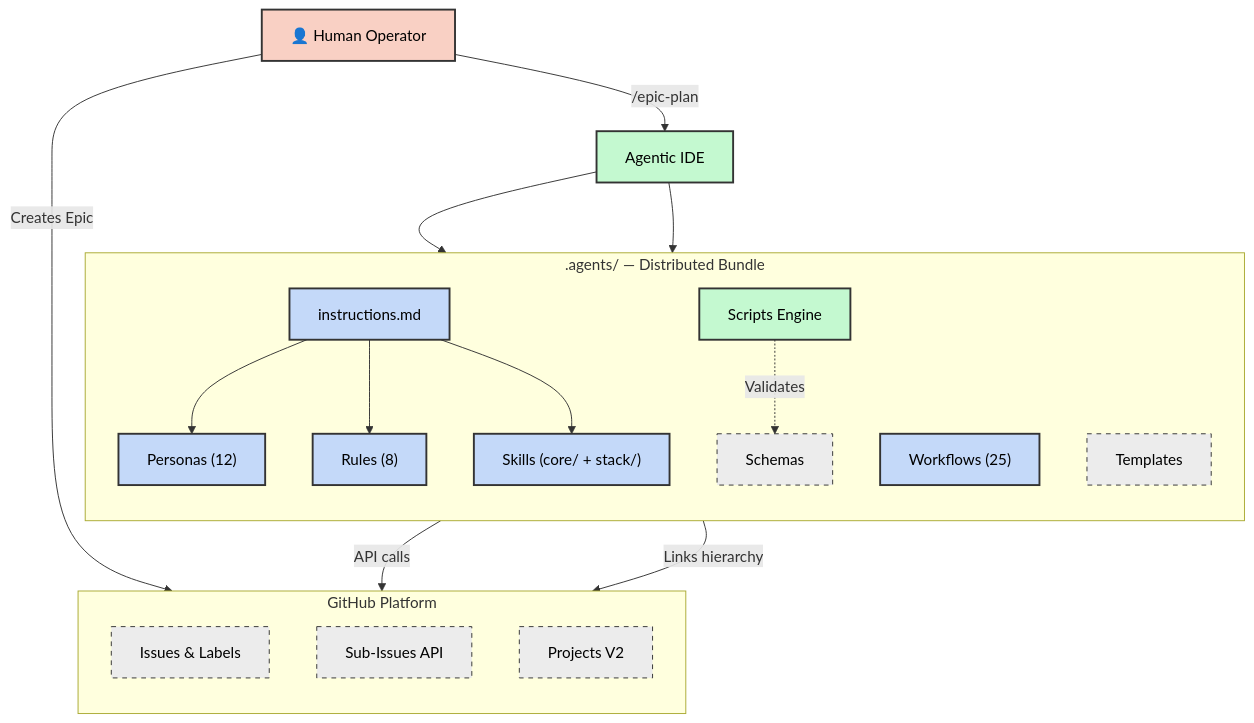
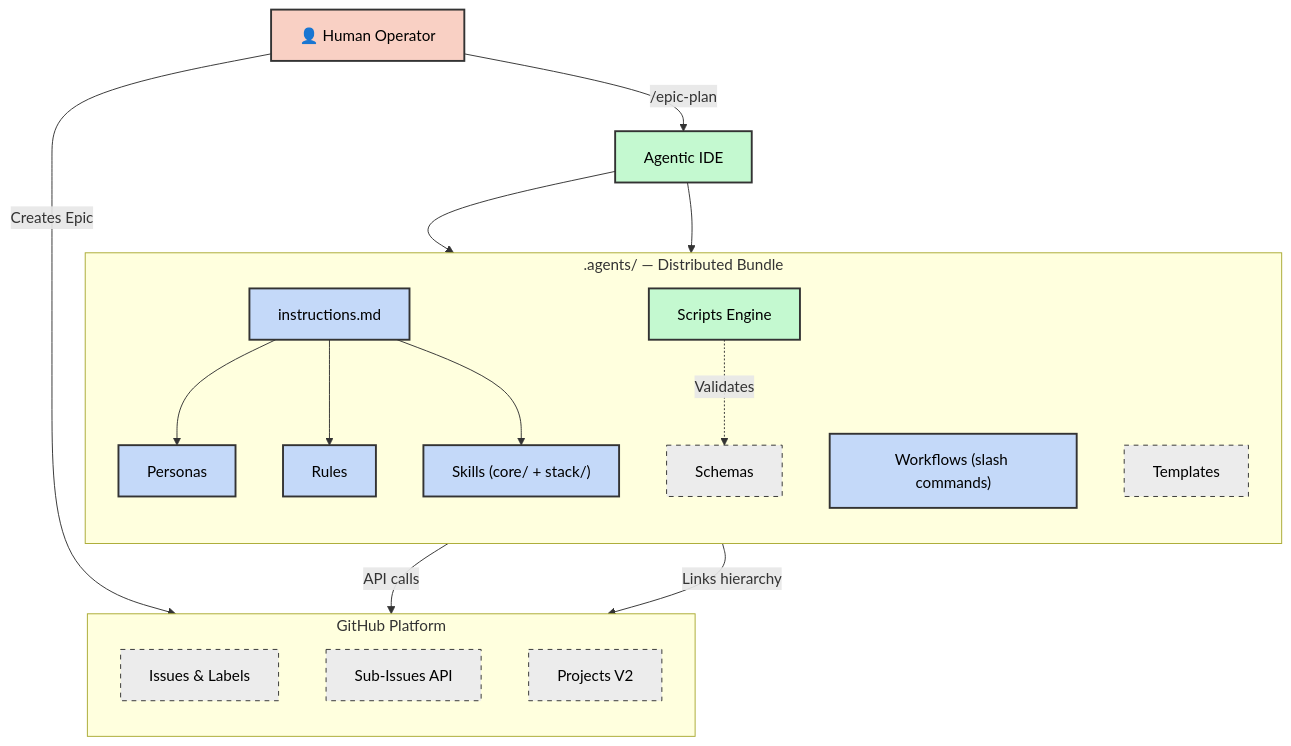
The first of 8 diagrams in docs/architecture.md (dsj1984/mandrel), drawn with Mermaid before and after one commit. The commit also changed other lines of this file and 6 other files, not shown here.

````diff
--- a/docs/architecture.md
+++ b/docs/architecture.md
@@ -78,38 +24,38 @@
 ```mermaid
 graph TB
     classDef human fill:#f9d0c4,stroke:#333,stroke-width:2px,color:#000
     classDef agent fill:#c4f9d0,stroke:#333,stroke-width:2px,color:#000
     classDef infra fill:#c4d9f9,stroke:#333,stroke-width:2px,color:#000
     classDef data fill:#ececec,stroke:#333,stroke-width:1px,stroke-dasharray: 5 5,color:#000
 
     H["👤 Human Operator"]:::human
     IDE["Agentic IDE"]:::agent
 
     subgraph Framework [".agents/ — Distributed Bundle"]
         direction TB
         INS["instructions.md"]:::infra
-        PER["Personas (12)"]:::infra
-        RUL["Rules (8)"]:::infra
+        PER["Personas"]:::infra
+        RUL["Rules"]:::infra
         SKL["Skills (core/ + stack/)"]:::infra
-        WFL["Workflows (25)"]:::infra
+        WFL["Workflows (slash commands)"]:::infra
         SCR["Scripts Engine"]:::agent
         SCH["Schemas"]:::data
         TPL["Templates"]:::data
     end
 
     subgraph GitHub ["GitHub Platform"]
         direction TB
         ISS["Issues & Labels"]:::data
         SUB["Sub-Issues API"]:::data
         PRJ["Projects V2"]:::data
     end
 
     H -->|"Creates Epic"| ISS
     H -->|"/epic-plan"| IDE
     IDE --> INS
     INS --> PER & RUL & SKL
     IDE --> SCR
     SCR -->|"API calls"| ISS
     SCR -->|"Links hierarchy"| SUB
     SCR -.->|"Validates"| SCH
 ```
````
